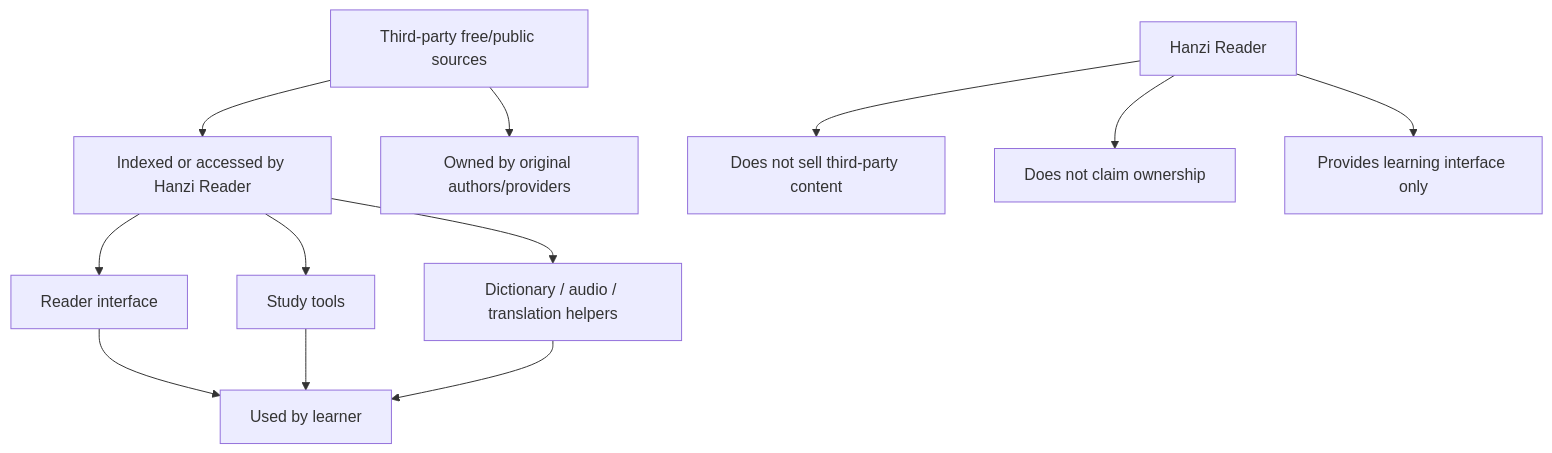
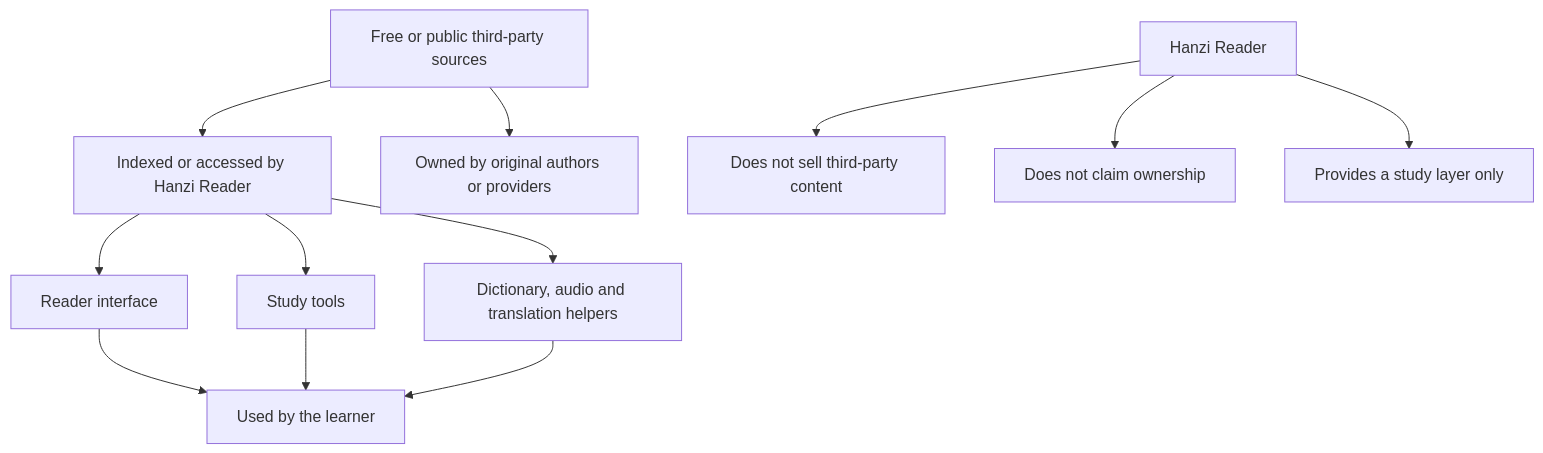
One commit to HyakkimaruPY/Hanzi-Reader changed the seventh of 8 diagrams in README.md. Above: the diagram before and after it, drawn with Mermaid. The commit also changed other lines of this file, not shown here.

````diff
--- a/README.md
+++ b/README.md
@@ -216,16 +260,17 @@
 ```mermaid
 flowchart TB
-    A[Third-party free/public sources] --> B[Indexed or accessed by Hanzi Reader]
-    B --> C[Reader interface]
-    B --> D[Study tools]
-    B --> E[Dictionary / audio / translation helpers]
+    A["Free or public third-party sources"] --> B["Indexed or accessed by Hanzi Reader"]
+    B --> C["Reader interface"]
+    B --> D["Study tools"]
+    B --> E["Dictionary, audio and translation helpers"]
 
-    A --> F[Owned by original authors/providers]
-    C --> G[Used by learner]
+    A --> F["Owned by original authors or providers"]
+
+    C --> G["Used by the learner"]
     D --> G
     E --> G
 
-    H[Hanzi Reader] --> I[Does not sell third-party content]
-    H --> J[Does not claim ownership]
-    H --> K[Provides learning interface only]
+    H["Hanzi Reader"] --> I["Does not sell third-party content"]
+    H --> J["Does not claim ownership"]
+    H --> K["Provides a study layer only"]
 ```
````
